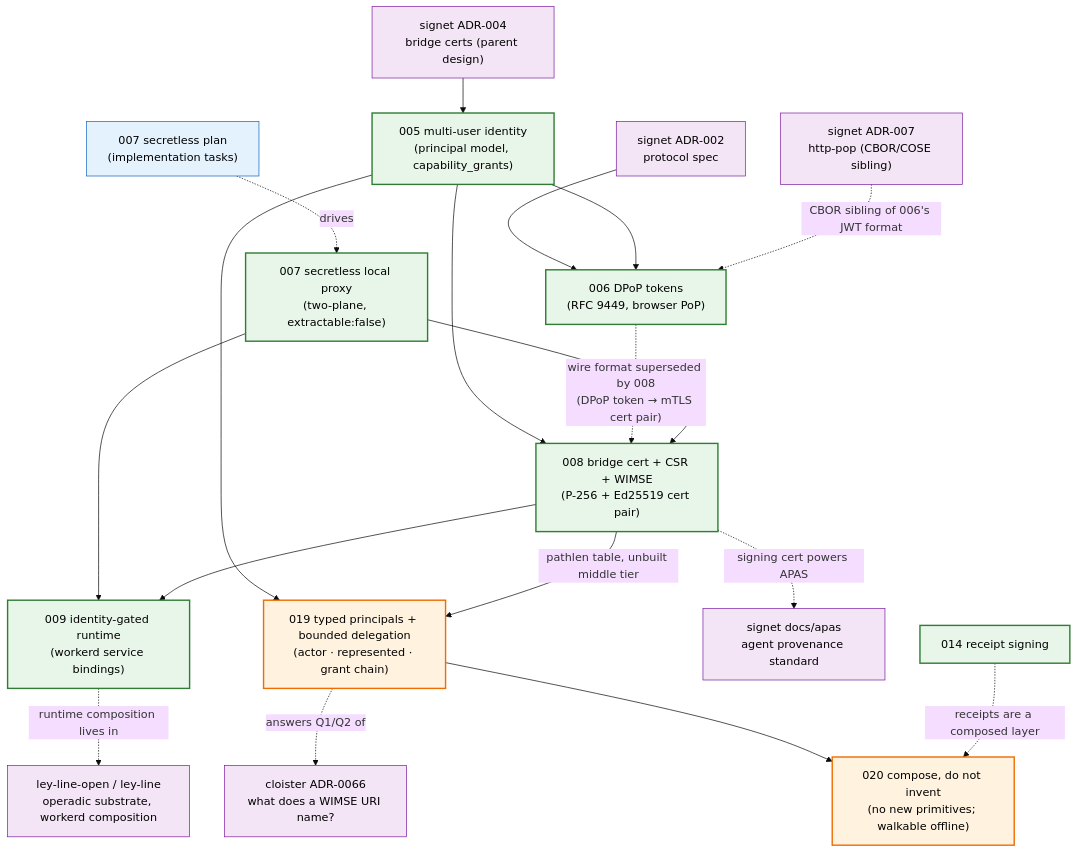
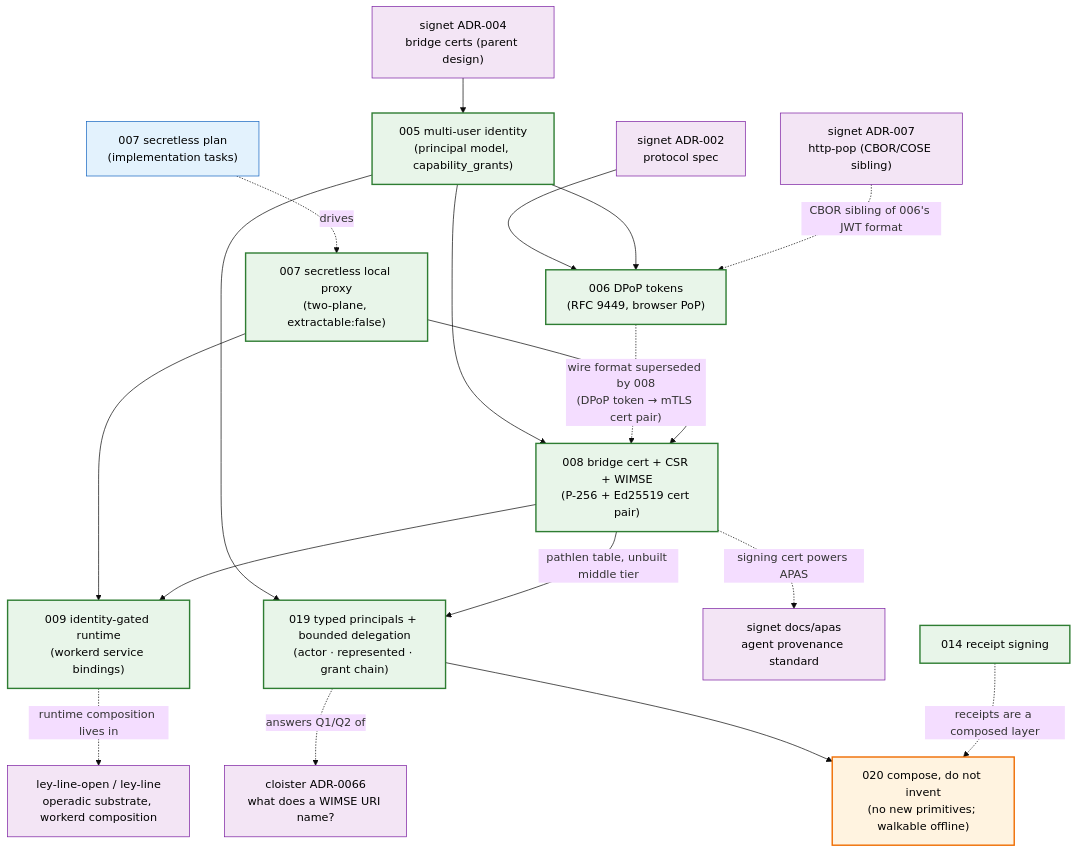
The diagram in docs/README.md (agentic-research/notme), drawn with Mermaid (base theme) before and after one commit. The commit also changed other lines of this file and 5 other files, not shown here.

````diff
--- a/docs/README.md
+++ b/docs/README.md
@@ -31,42 +31,42 @@
 ```mermaid
 graph TD
     classDef accepted fill:#e8f5e9,stroke:#2e7d32,stroke-width:2px,color:#000
     classDef proposed fill:#fff3e0,stroke:#ef6c00,stroke-width:2px,color:#000
     classDef plan fill:#e3f2fd,stroke:#1565c0,stroke-width:1px,color:#000
     classDef external fill:#f3e5f5,stroke:#7b1fa2,stroke-width:1px,color:#000
 
     A005["005 multi-user identity<br/>(principal model, capability_grants)"]:::accepted
     A006["006 DPoP tokens<br/>(RFC 9449, browser PoP)"]:::accepted
     A007D["007 secretless local proxy<br/>(two-plane, extractable:false)"]:::accepted
     A007P["007 secretless plan<br/>(implementation tasks)"]:::plan
     A008["008 bridge cert + CSR + WIMSE<br/>(P-256 + Ed25519 cert pair)"]:::accepted
     A009["009 identity-gated runtime<br/>(workerd service bindings)"]:::accepted
-    A019["019 typed principals + bounded delegation<br/>(actor · represented · grant chain)"]:::proposed
+    A019["019 typed principals + bounded delegation<br/>(actor · represented · grant chain)"]:::accepted
     A020["020 compose, do not invent<br/>(no new primitives; walkable offline)"]:::proposed
 
     SIG004["signet ADR-004<br/>bridge certs (parent design)"]:::external
     SIG002["signet ADR-002<br/>protocol spec"]:::external
     SIG007["signet ADR-007<br/>http-pop (CBOR/COSE sibling)"]:::external
     APAS["signet docs/apas<br/>agent provenance standard"]:::external
     LL["ley-line-open / ley-line<br/>operadic substrate, workerd composition"]:::external
 
     SIG004 --> A005
     SIG002 --> A006
     A005 --> A006
     A005 --> A008
     A006 -.->|"wire format superseded by 008<br/>(DPoP token → mTLS cert pair)"| A008
     A007D --> A008
     A007D --> A009
     A008 --> A009
     A007P -. drives .-> A007D
     SIG007 -.->|"CBOR sibling of 006's JWT format"| A006
     A008 -.->|"signing cert powers APAS"| APAS
     A009 -.->|"runtime composition lives in"| LL
     A005 --> A019
     A008 -->|"pathlen table, unbuilt middle tier"| A019
     A019 -.->|"answers Q1/Q2 of"| CL0066
     A019 --> A020
     A014 -.->|"receipts are a composed layer"| A020
     CL0066["cloister ADR-0066<br/>what does a WIMSE URI name?"]:::external
     A014["014 receipt signing"]:::accepted
 ```
````
